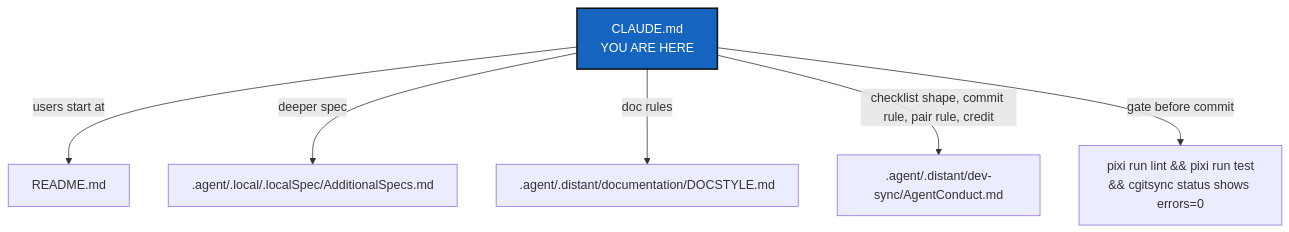
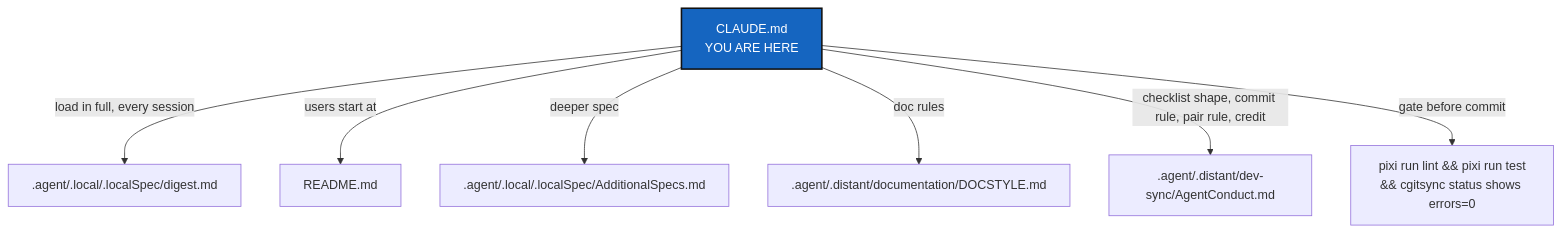
Before and after one commit to flipoyo/.claude: the diagram in CLAUDE.md, drawn with Mermaid. The commit also changed other lines of this file, not shown here.

````diff
--- a/CLAUDE.md
+++ b/CLAUDE.md
@@ -32,11 +41,12 @@
 ```mermaid
 graph TD
-    CLAUDE["CLAUDE.md<br/>YOU ARE HERE"] -->|users start at| README["README.md"]
+    CLAUDE["CLAUDE.md<br/>YOU ARE HERE"] -->|"load in full, every session"| DIGEST[".agent/.local/.localSpec/digest.md"]
+    CLAUDE -->|users start at| README["README.md"]
     CLAUDE -->|deeper spec| SPEC[".agent/.local/.localSpec/AdditionalSpecs.md"]
     CLAUDE -->|doc rules| STYLE[".agent/.distant/documentation/DOCSTYLE.md"]
     CLAUDE -->|checklist shape, commit rule, pair rule, credit| CONDUCT[".agent/.distant/dev-sync/AgentConduct.md"]
     CLAUDE -->|gate before commit| CI["pixi run lint && pixi run test<br/>&& cgitsync status shows errors=0"]
 
     classDef here fill:#1565C0,color:#fff,stroke:#111,stroke-width:2px;
     class CLAUDE here;
 ```
````
